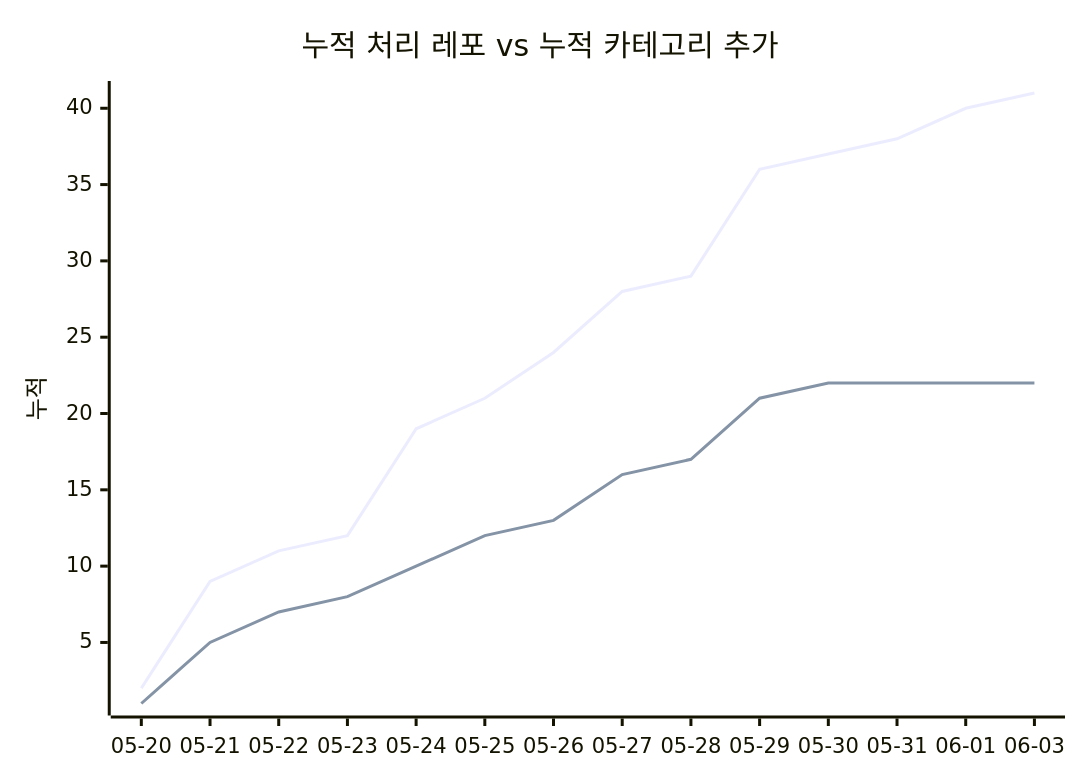
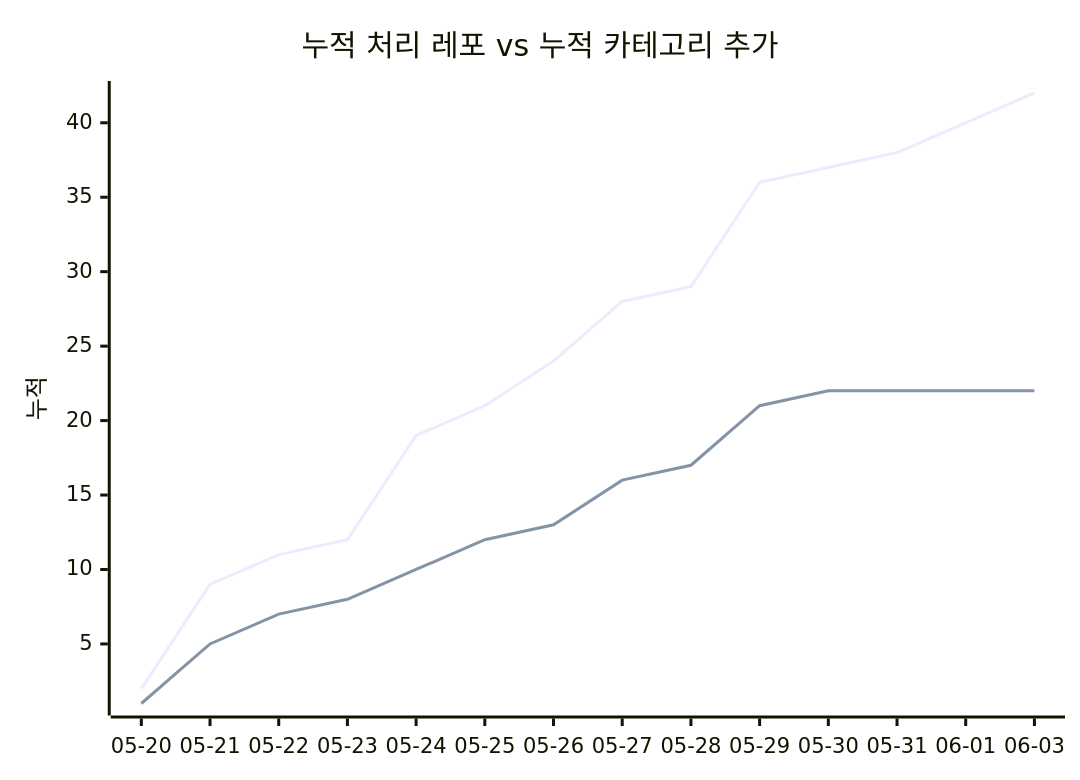
One commit to J-nowcow/awesome-korean-agent-skills changed the second of 2 diagrams in docs/trends.md. Above: the diagram before and after it, drawn with Mermaid. The commit also changed other lines of this file and 2 other files, not shown here.

````diff
--- a/docs/trends.md
+++ b/docs/trends.md
@@ -68,8 +68,8 @@
 ```mermaid
 xychart-beta
     title "누적 처리 레포 vs 누적 카테고리 추가"
     x-axis ["05-20","05-21","05-22","05-23","05-24","05-25","05-26","05-27","05-28","05-29","05-30","05-31","06-01","06-03"]
     y-axis "누적"
-    line [2,9,11,12,19,21,24,28,29,36,37,38,40,41]
+    line [2,9,11,12,19,21,24,28,29,36,37,38,40,42]
     line [1,5,7,8,10,12,13,16,17,21,22,22,22,22]
 ```
````
